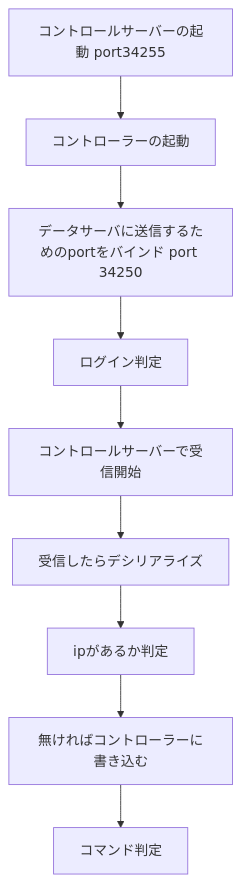
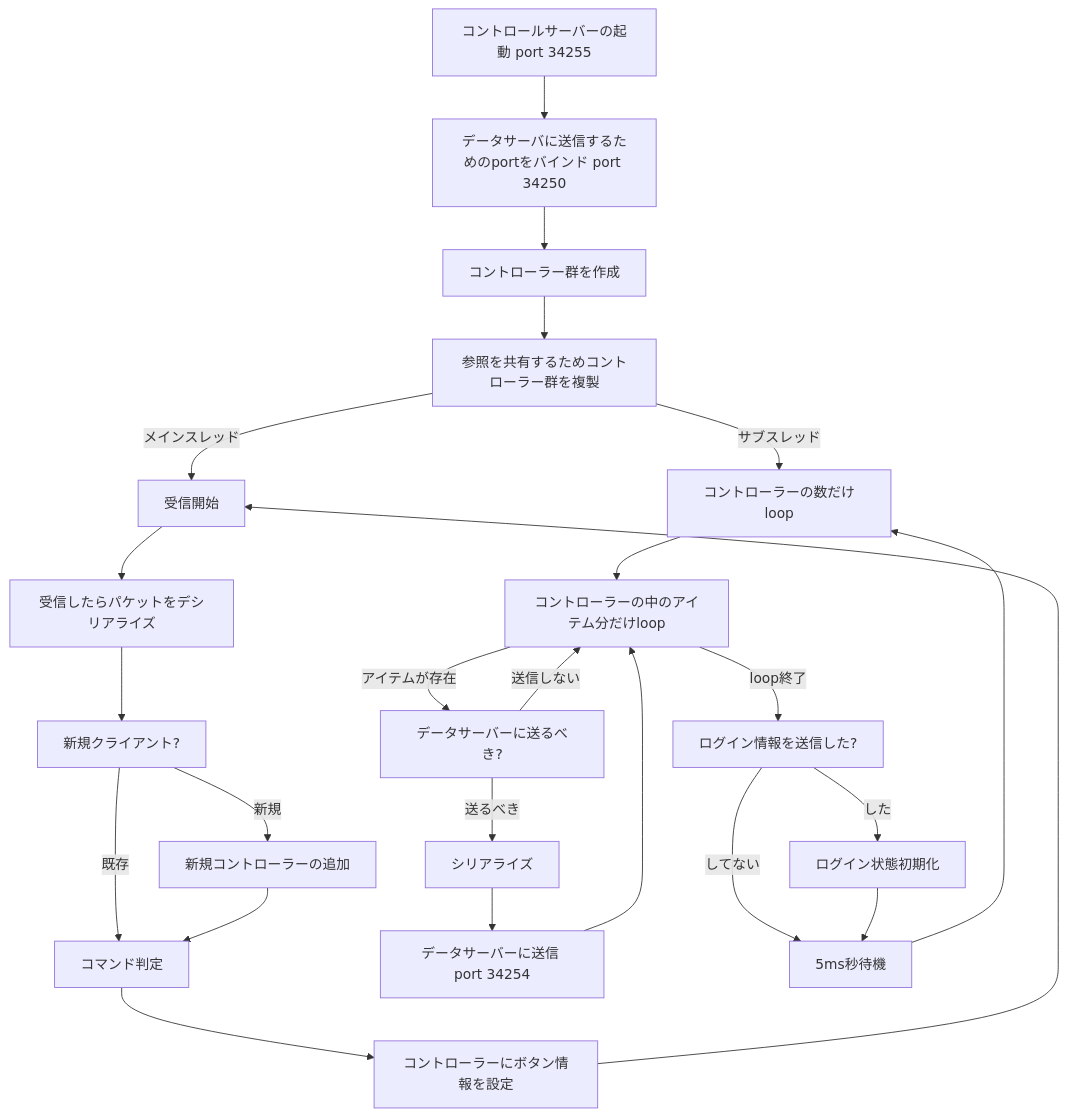
One commit to pbl2019/aworld-server changed the diagram in docs/flow.md. Above: the diagram before and after it, drawn with Mermaid. The commit also changed other lines of this file, not shown here.

Commit message:
docs(flow): update current flow

````diff
--- a/docs/flow.md
+++ b/docs/flow.md
@@ -5,22 +5,46 @@
 ```mermaid
 graph TD
-A[コントロールサーバーの起動 port34255]
-B[コントローラーの起動]
-C[データサーバに送信するためのportをバインド port 34250]
-D[ログイン判定]
-E[コントロールサーバーで受信開始]
-F[受信したらデシリアライズ]
-G[ipがあるか判定]
-H[無ければコントローラーに書き込む]
+A[コントロールサーバーの起動 port 34255]
+B[データサーバに送信するためのportをバインド port 34250]
+C[コントローラー群を作成]
+D[参照を共有するためコントローラー群を複製]
+E[受信開始]
+F[受信したらパケットをデシリアライズ]
+G[新規クライアント?]
+H[新規コントローラーの追加]
 I[コマンド判定]
-
+J[コントローラーにボタン情報を設定]
+K[コントローラーの数だけloop]
+L[コントローラーの中のアイテム分だけloop]
+M[データサーバーに送るべき?]
+N[シリアライズ]
+O[データサーバーに送信 port 34254]
+P[ログイン情報を送信した?]
+Q[ログイン状態初期化]
+R[5ms秒待機]
 
 A -->B
 B --> C
 C --> D
-D --> E
+D --> |サブスレッド| K
+D --> |メインスレッド| E
 E --> F
 F --> G
-G --> H
+G --> |新規| H
+G --> |既存| I
 H --> I
+I --> J
+J --> E
+
+K --> L
+L --> |アイテムが存在| M
+L --> |loop終了| P
+M --> |送るべき| N
+M --> |送信しない| L
+N --> O
+O --> L
+P --> |した| Q
+P --> |してない| R
+Q --> R
+R --> K
 ```
````
